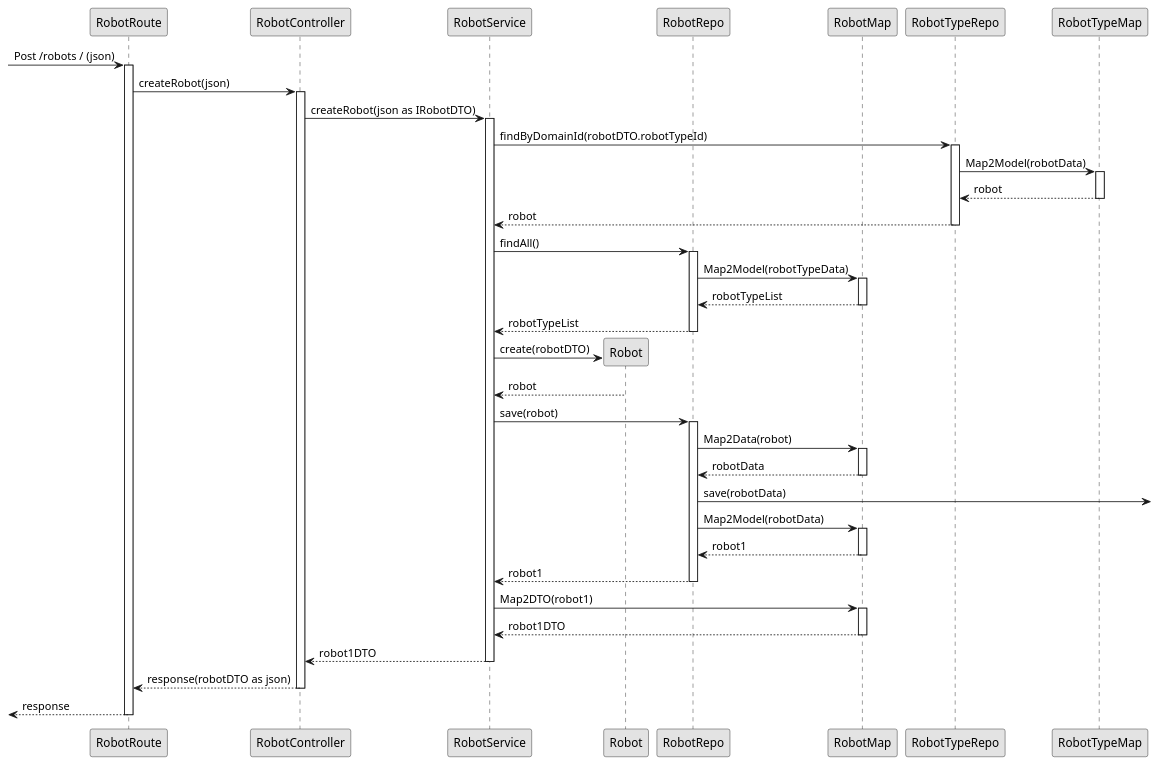
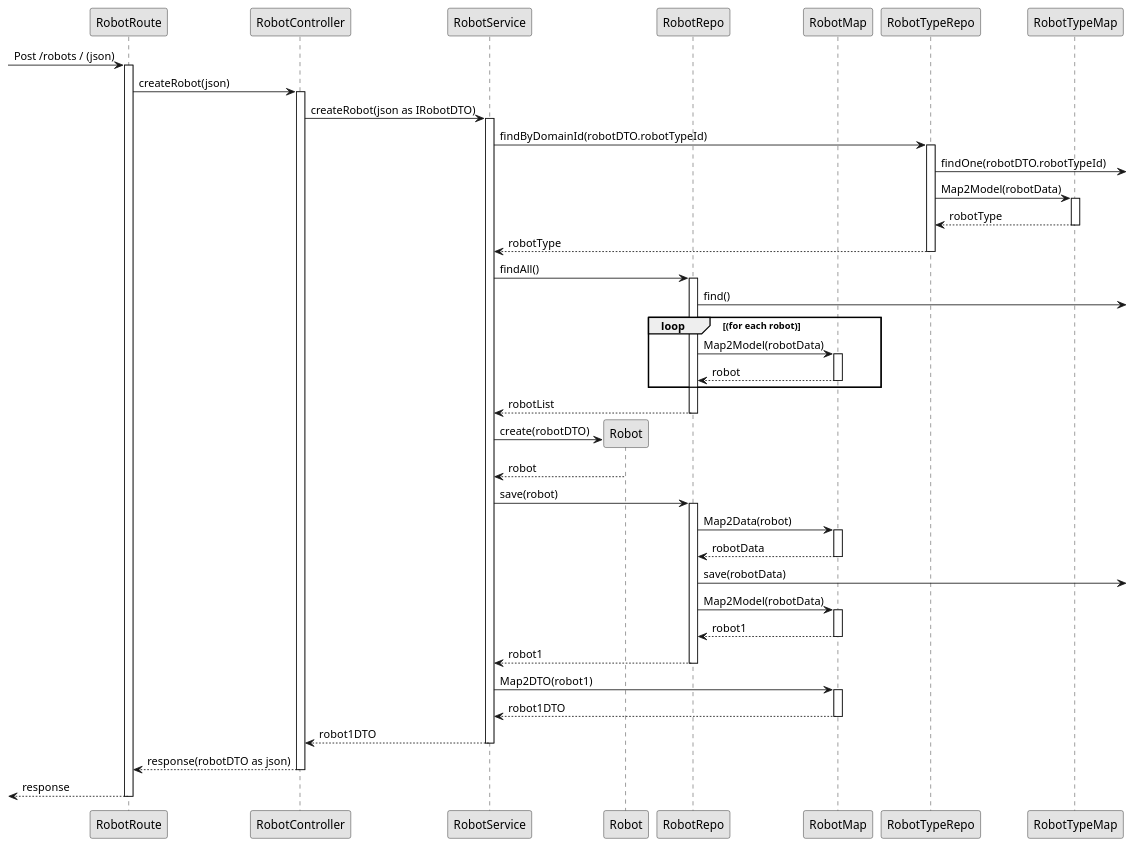
The diagram in WikiMasterDataDevices/Vista Processos/US360/n3vp-us360.puml (1201293/sem5pi-23-24-68), drawn with PlantUML before and after one commit. The commit also changed 8 other files, not shown here.

```diff
--- a/WikiMasterDataDevices/Vista Processos/US360/n3vp-us360.puml
+++ b/WikiMasterDataDevices/Vista Processos/US360/n3vp-us360.puml
@@ -1,65 +1,69 @@
 @startuml
 'http://plantuml.com/skinparam.html
 skinparam monochrome true
 skinparam packageStyle rect
 skinparam shadowing false
 
 
 participant RobotRoute  as route
 participant RobotController as controller
 participant RobotService as service
 participant Robot as domain
 participant RobotRepo as repo
 participant RobotMap as mapper
 participant RobotTypeRepo as repoRobot
 participant RobotTypeMap as mapperRobot
 
 -> route: Post /robots / (json)
 activate route
   route -> controller: createRobot(json)
   activate controller
     controller -> service: createRobot(json as IRobotDTO)
     activate service
     service -> repoRobot: findByDomainId(robotDTO.robotTypeId)
     activate repoRobot
+    repoRobot -> : findOne(robotDTO.robotTypeId)
     repoRobot -> mapperRobot: Map2Model(robotData)
     activate mapperRobot
-    mapperRobot --> repoRobot: robot
+    mapperRobot --> repoRobot: robotType
     deactivate
-    repoRobot --> service: robot
+    repoRobot --> service: robotType
     deactivate
     service -> repo: findAll()
     activate repo
-    repo -> mapper: Map2Model(robotTypeData)
+    repo -> : find()
+    loop (for each robot)
+    repo -> mapper: Map2Model(robotData)
     activate mapper
-    mapper --> repo: robotTypeList
+    mapper --> repo: robot
     deactivate
-    repo --> service: robotTypeList
+    end loop
+    repo --> service: robotList
     deactivate
     service -> domain**: create(robotDTO)
     domain --> service: robot
     service -> repo: save(robot)
     activate repo
     repo -> mapper:Map2Data(robot)
     activate mapper
     mapper --> repo: robotData
     deactivate
     repo -> : save(robotData)
     repo -> mapper: Map2Model(robotData)     
     activate mapper
     mapper --> repo: robot1
     deactivate
     repo --> service: robot1
     deactivate
     service -> mapper: Map2DTO(robot1)
     activate mapper
     mapper--> service: robot1DTO
     deactivate
     service --> controller: robot1DTO
     deactivate
     controller --> route: response(robotDTO as json)
     deactivate
     <-- route: response
     deactivate
     
 @enduml
```
